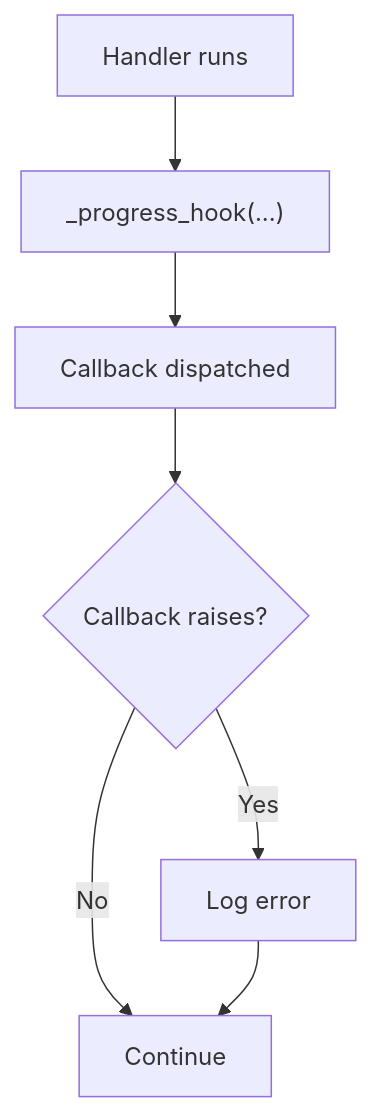
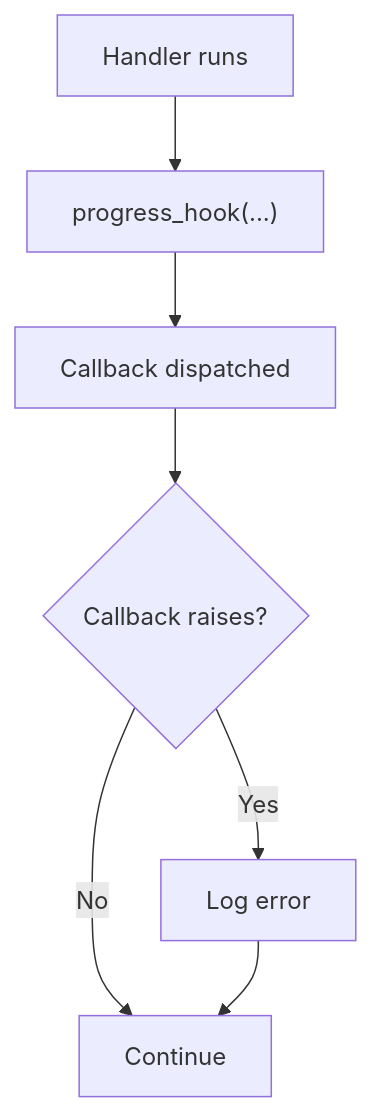
One commit to nandyalu/quiv changed the third of 3 diagrams in docs/progress-callbacks.md. Above: the diagram before and after it, drawn with Mermaid. The commit also changed other lines of this file and 31 other files, not shown here.

````diff
--- a/docs/progress-callbacks.md
+++ b/docs/progress-callbacks.md
@@ -189,9 +189,9 @@
 ```mermaid
 flowchart TD
-    A[Handler runs] --> B["_progress_hook(...)"]
+    A[Handler runs] --> B["progress_hook(...)"]
     B --> C[Callback dispatched]
     C --> D{Callback raises?}
     D -- No --> E[Continue]
     D -- Yes --> F[Log error]
     F --> E
 ```
````
